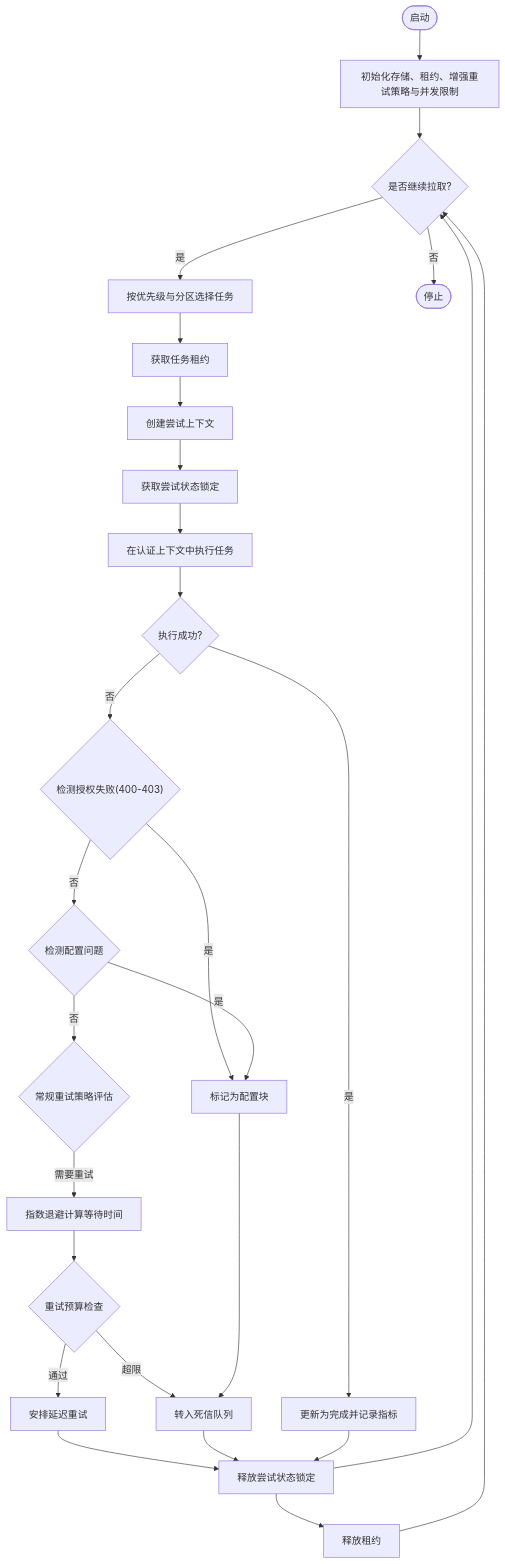
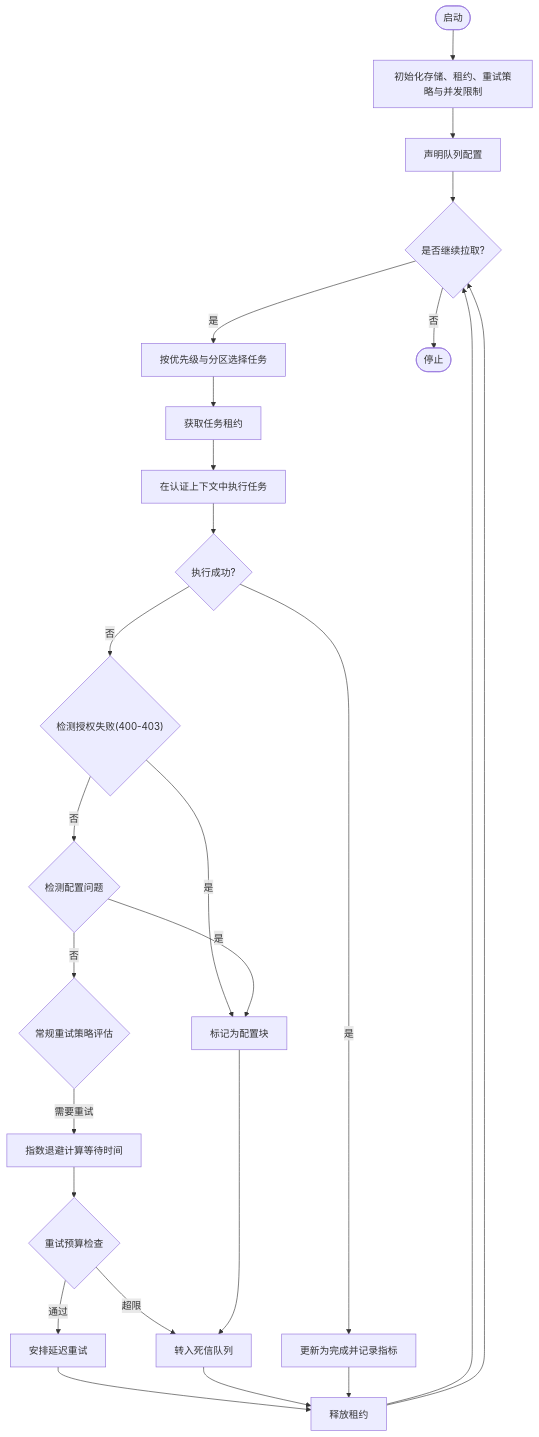
Before and after one commit to scottcwy/PurpleInk: the third of 4 diagrams in .qoder/repowiki/zh/content/后端架构/任务处理/作业队列系统.md, drawn with Mermaid. The commit also changed other lines of this file and 23 other files, not shown here.

````diff
--- a/.qoder/repowiki/zh/content/后端架构/任务处理/作业队列系统.md
+++ b/.qoder/repowiki/zh/content/后端架构/任务处理/作业队列系统.md
@@ -206,29 +225,27 @@
 ```mermaid
 flowchart TD
-Start(["启动"]) --> Init["初始化存储、租约、增强重试策略与并发限制"]
-Init --> Loop{"是否继续拉取?"}
+Start(["启动"]) --> Init["初始化存储、租约、重试策略与并发限制"]
+Init --> Claim["声明队列配置"]
+Claim --> Loop{"是否继续拉取?"}
 Loop --> |是| Pick["按优先级与分区选择任务"]
 Pick --> Lease["获取任务租约"]
-Lease --> CreateAttempt["创建尝试上下文"]
-CreateAttempt --> LockState["获取尝试状态锁定"]
-LockState --> Execute["在认证上下文中执行任务"]
+Lease --> Execute["在认证上下文中执行任务"]
 Execute --> Result{"执行成功?"}
 Result --> |是| UpdateOK["更新为完成并记录指标"]
 Result --> |否| AuthCheck{"检测授权失败(400-403)"}
 AuthCheck --> |是| ConfigBlock["标记为配置块"]
 AuthCheck --> |否| ConfigCheck{"检测配置问题"}
 ConfigCheck --> |是| ConfigBlock
 ConfigCheck --> |否| RetryCheck{"常规重试策略评估"}
 RetryCheck --> |需要重试| Backoff["指数退避计算等待时间"]
 Backoff --> BudgetCheck{"重试预算检查"}
 BudgetCheck --> |通过| ScheduleRetry["安排延迟重试"]
 BudgetCheck --> |超限| DeadLetter["转入死信队列"]
-ScheduleRetry --> Release["释放尝试状态锁定"]
-Release --> ReleaseLease["释放租约"]
-ReleaseLease --> Loop
+ScheduleRetry --> Release["释放租约"]
+Release --> Loop
 ConfigBlock --> DeadLetter
 DeadLetter --> Release
 UpdateOK --> Release
 Release --> Loop
 Loop --> |否| Stop(["停止"])
 ```
````
